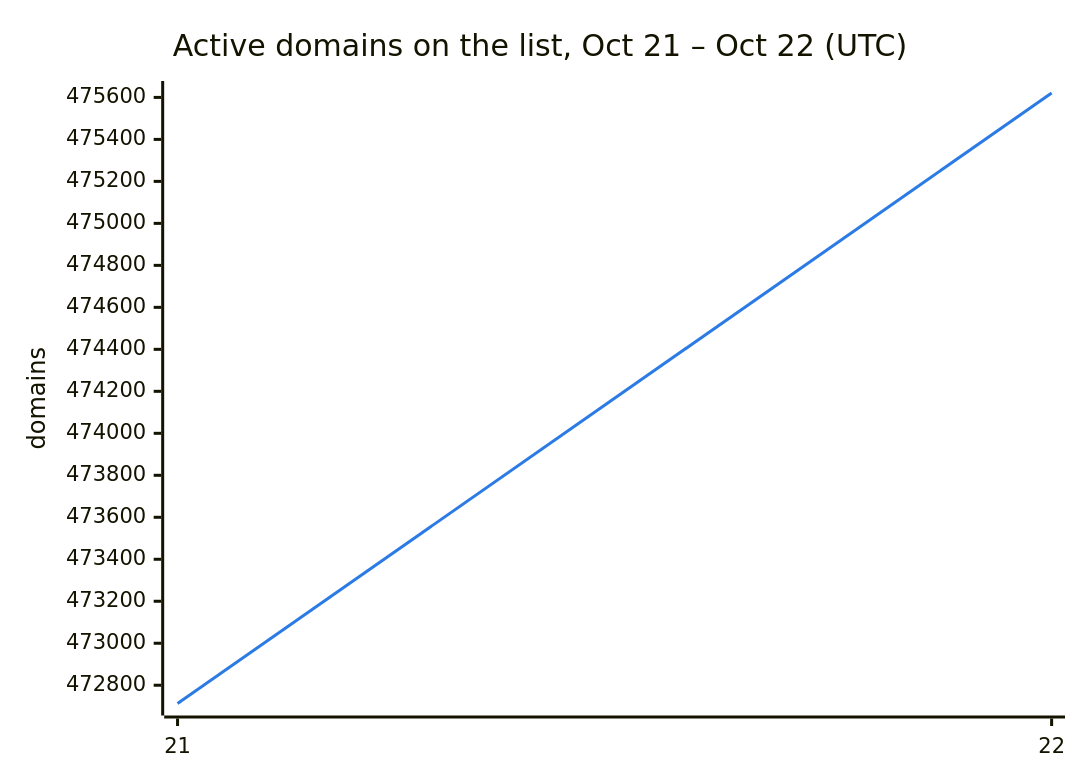
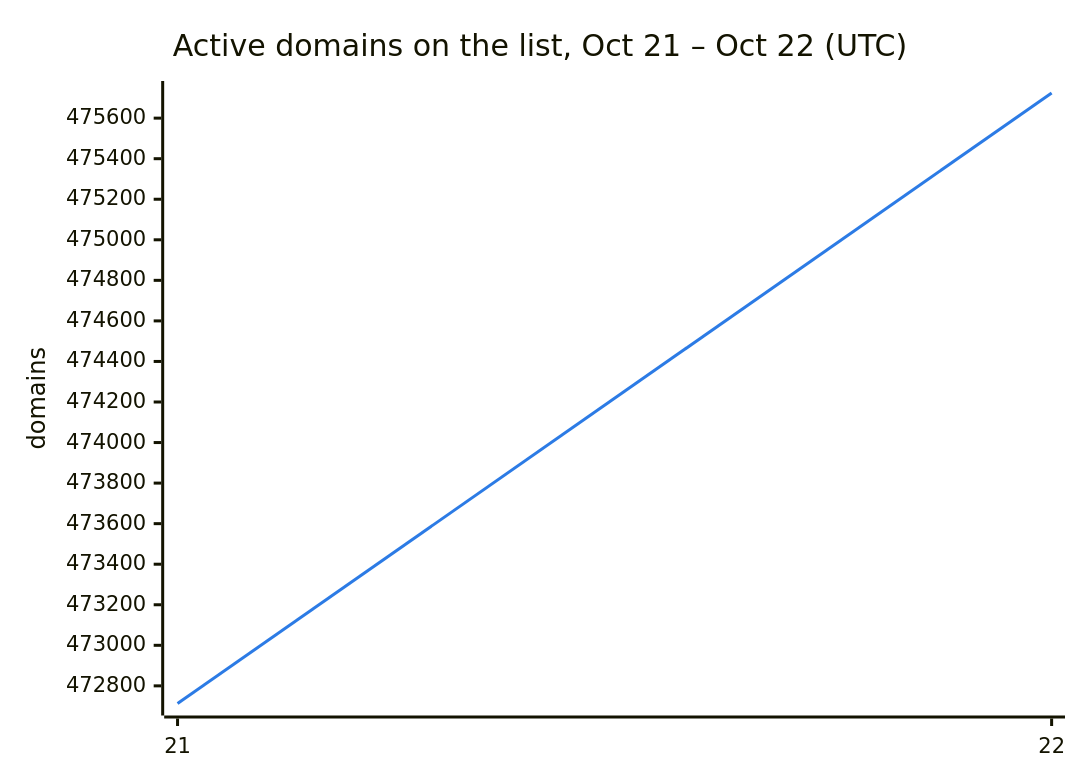
One commit to DNSBunker/CTI changed the second of 3 diagrams in README.md. Above: the diagram before and after it, drawn with Mermaid. The commit also changed other lines of this file and 3 other files, not shown here.

````diff
--- a/README.md
+++ b/README.md
@@ -38,8 +38,8 @@
 ```mermaid
 %%{init: {"themeVariables": {"xyChart": {"plotColorPalette": "#2c7be5"}}}}%%
 xychart-beta
     title "Active domains on the list, Oct 21 – Oct 22 (UTC)"
     x-axis ["21", "22"]
     y-axis "domains"
-    line [472713, 475621]
+    line [472713, 475724]
 ```
````
